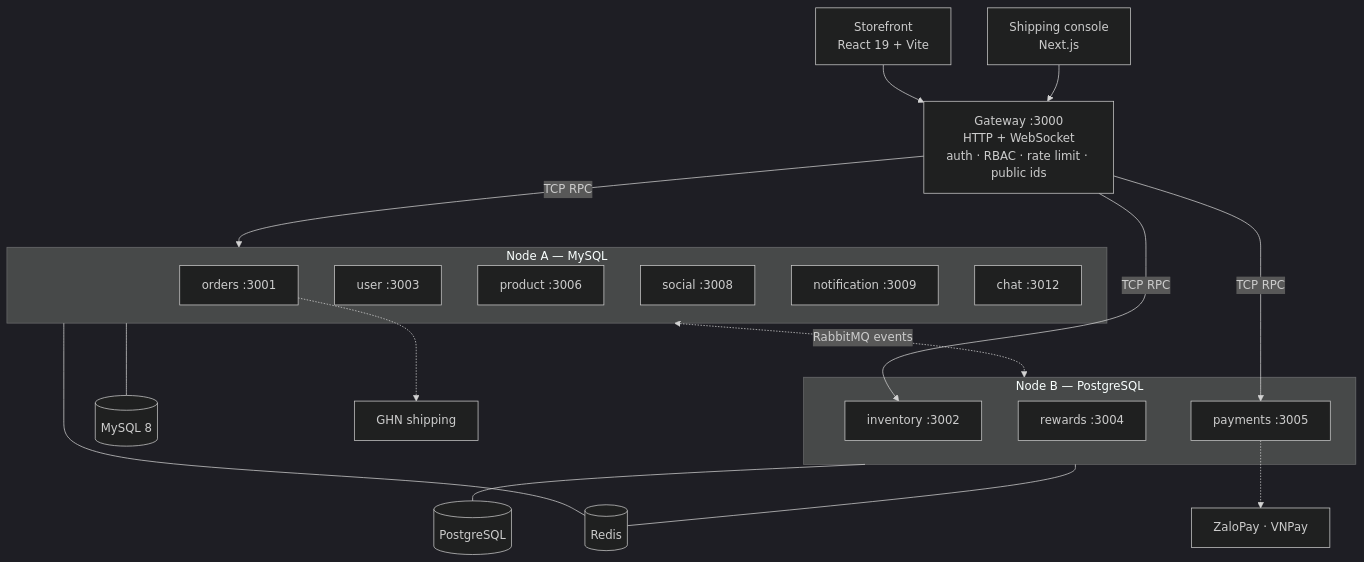
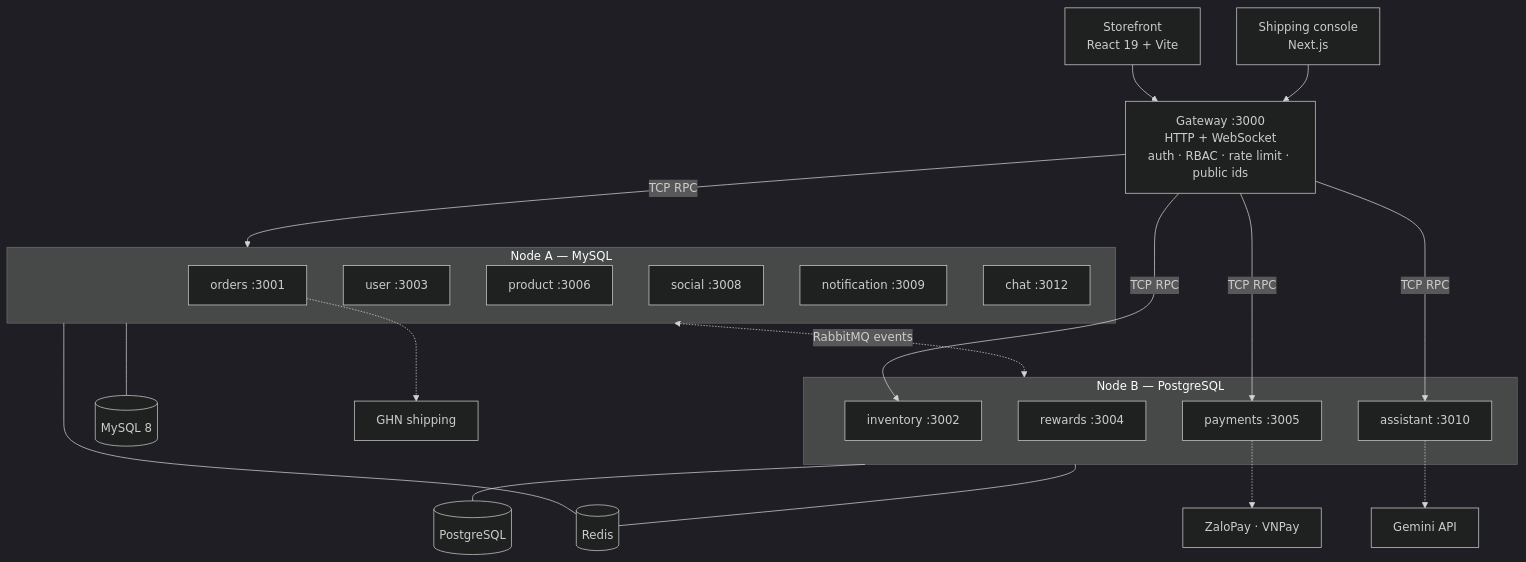
The diagram in README.md (quangtruong01234/BE-Microservice), drawn with Mermaid (dark theme) before and after one commit. The commit also changed other lines of this file and 77 other files, not shown here.

````diff
--- a/README.md
+++ b/README.md
@@ -130,37 +130,40 @@
 ```mermaid
 flowchart TB
     FE["Storefront<br/>React 19 + Vite"]
     CON["Shipping console<br/>Next.js"]
     GW["Gateway :3000<br/>HTTP + WebSocket<br/>auth · RBAC · rate limit · public ids"]
 
     FE --> GW
     CON --> GW
 
     subgraph A["Node A — MySQL"]
         ORD["orders :3001"]
         USR["user :3003"]
         PRD["product :3006"]
         SOC["social :3008"]
         NTF["notification :3009"]
         CHT["chat :3012"]
     end
 
     subgraph B["Node B — PostgreSQL"]
         INV["inventory :3002"]
         RWD["rewards :3004"]
         PAY["payments :3005"]
+        AST["assistant :3010"]
     end
 
     GW -- "TCP RPC" --> A
     GW -- "TCP RPC" --> INV
     GW -- "TCP RPC" --> PAY
+    GW -- "TCP RPC" --> AST
     A <-. "RabbitMQ events" .-> B
 
     A --- MY[("MySQL 8")]
     B --- PG[("PostgreSQL")]
     A --- RD[("Redis")]
     B --- RD
 
     ORD -.-> GHN["GHN shipping"]
     PAY -.-> PSP["ZaloPay · VNPay"]
+    AST -.-> GEM["Gemini API"]
 ```
````
